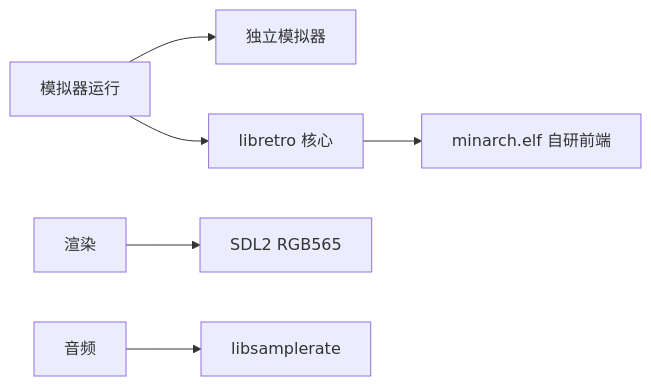
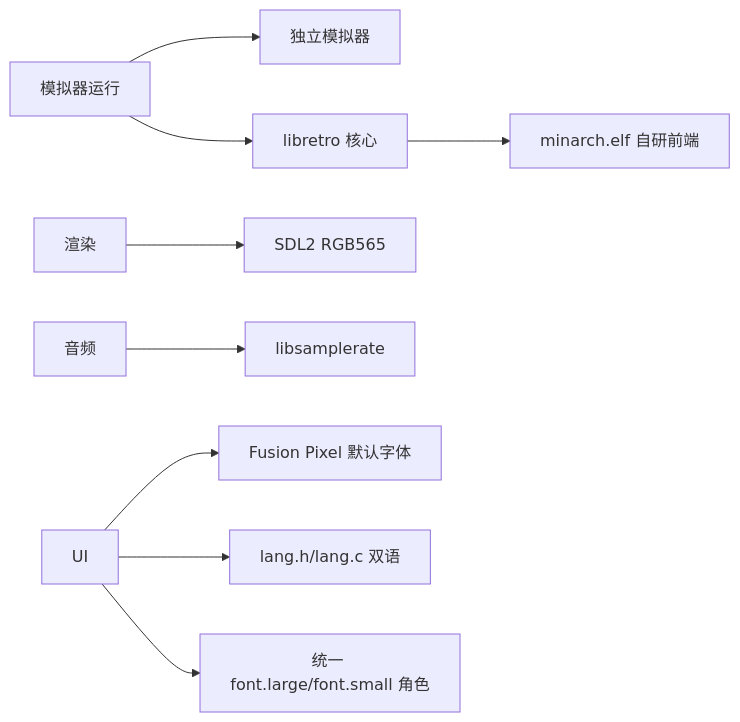
Before and after one commit to adam-ikari/NextUI: the diagram in brain/stack.md, drawn with Mermaid. The commit also changed other lines of this file and 10 other files, not shown here.

First line of the commit message:
feat(i18n): 统一 UI 翻译与字号，默认简体中文 + Fusion Pixel 字体

````diff
--- a/brain/stack.md
+++ b/brain/stack.md
@@ -22,8 +25,11 @@
 ```mermaid
 graph LR
   D[模拟器运行] --> C1[独立模拟器]
   D --> C2[libretro 核心]
   C2 --> P[minarch.elf 自研前端]
   R[渲染] --> P2[SDL2 RGB565]
   A[音频] --> P3[libsamplerate]
+  U[UI] --> F[Fusion Pixel 默认字体]
+  U --> L[lang.h/lang.c 双语]
+  U --> S[统一 font.large/font.small 角色]
 ```
````
